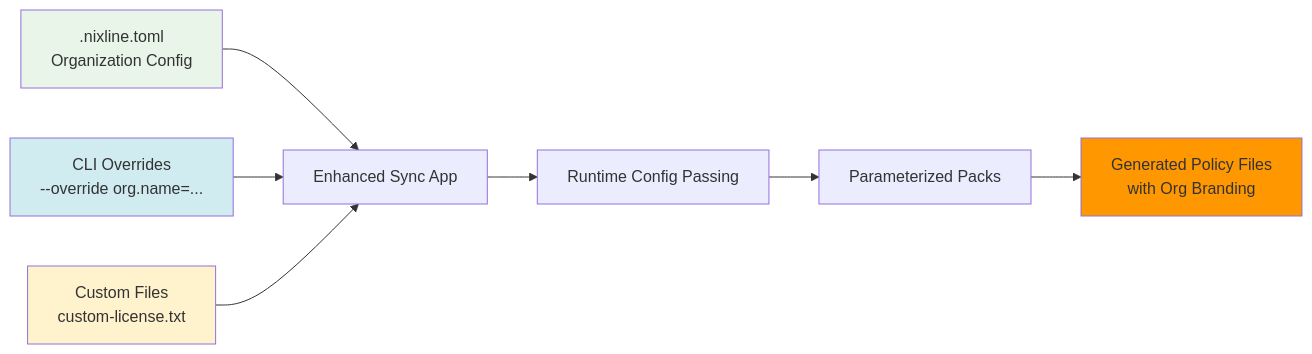
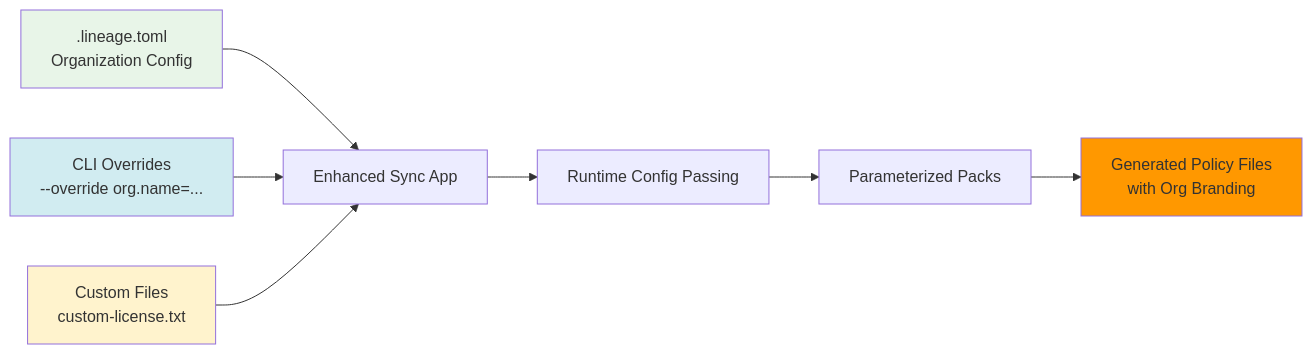
One commit to NixLine-org/nixline-baseline changed the second of 11 diagrams in README.md. Above: the diagram before and after it, drawn with Mermaid. The commit also changed other lines of this file and 3 other files, not shown here.

````diff
--- a/README.md
+++ b/README.md
@@ -158,15 +158,15 @@
 ```mermaid
 flowchart LR
-    A[.nixline.toml<br/>Organization Config] --> B[Enhanced Sync App]
+    A[.lineage.toml<br/>Organization Config] --> B[Enhanced Sync App]
     C[CLI Overrides<br/>--override org.name=...] --> B
     D[Custom Files<br/>custom-license.txt] --> B
 
     B --> E[Runtime Config Passing]
     E --> F[Parameterized Packs]
     F --> G[Generated Policy Files<br/>with Org Branding]
 
     style A fill:#e8f5e8
     style C fill:#d1ecf1
     style D fill:#fff3cd
     style G fill:#FF9800
 ```
````
